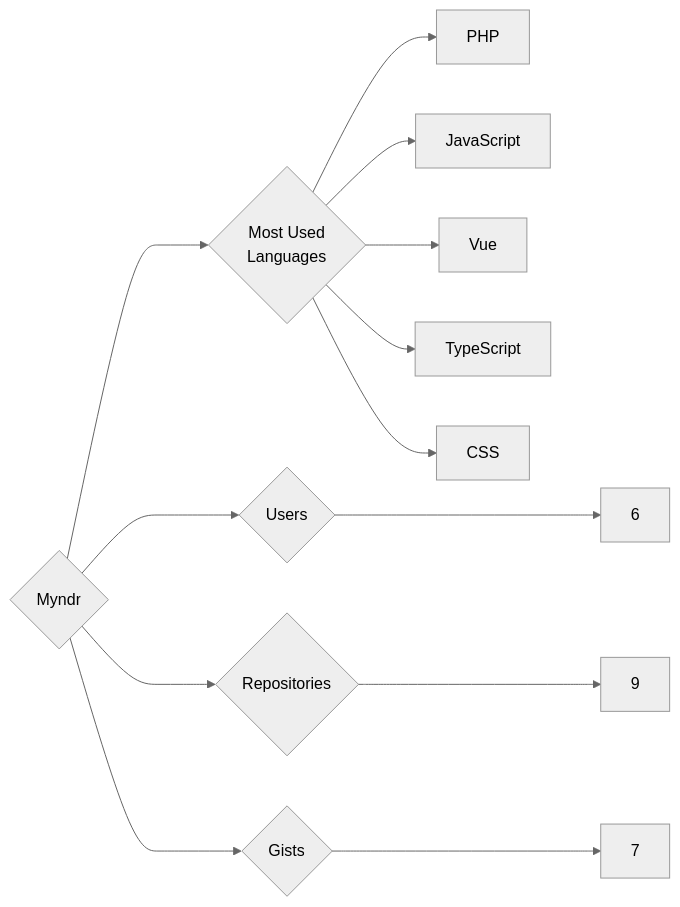
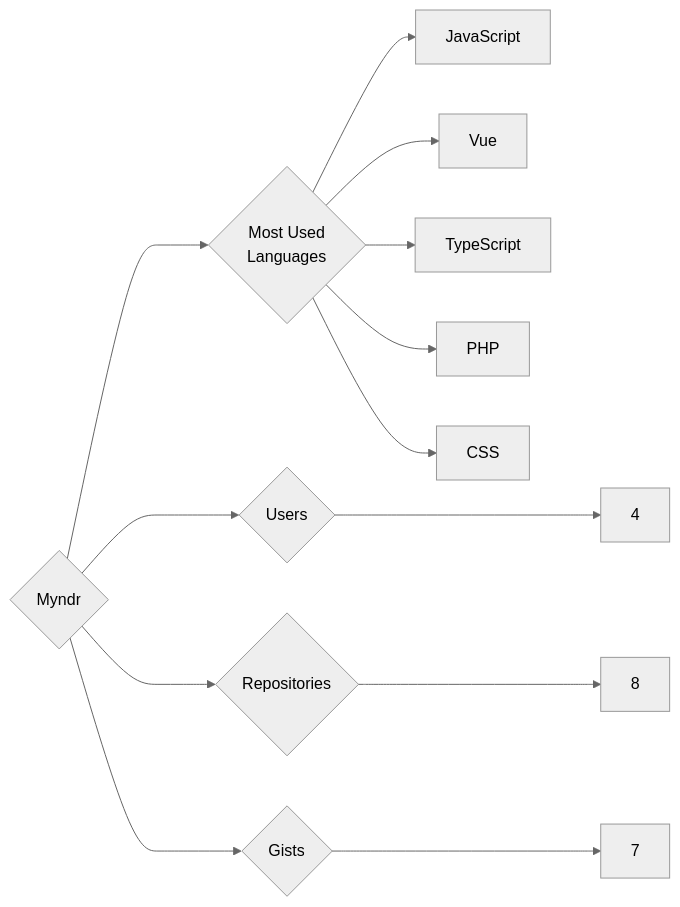
Before and after one commit to trickest/insiders: the diagram in targets/Myndr/README.md, drawn with Mermaid (neutral theme). The commit also changed 1508 other files, not shown here.

````diff
--- a/targets/Myndr/README.md
+++ b/targets/Myndr/README.md
@@ -3,13 +3,13 @@
 ```mermaid
 graph LR
 COMPANY_NAME{Myndr}
-COMPANY_NAME ---> U{Users} ---> UN[6]
-COMPANY_NAME ---> R{Repositories} ---> RN[9]
+COMPANY_NAME ---> U{Users} ---> UN[4]
+COMPANY_NAME ---> R{Repositories} ---> RN[8]
 COMPANY_NAME ---> G{Gists} ---> GN[7]
 COMPANY_NAME ---> ML{Most Used<br>Languages}
-ML --> PHP[PHP]
 ML --> JavaScript[JavaScript]
 ML --> Vue[Vue]
 ML --> TypeScript[TypeScript]
+ML --> PHP[PHP]
 ML --> CSS[CSS]
 ```
````
